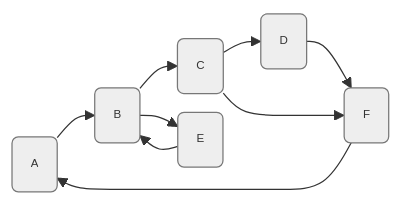
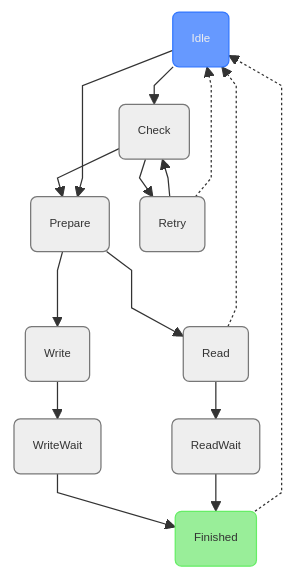
One commit to pyTooling/pyTooling changed the diagram in doc/DataStructures/StateMachine.rst. Above: the diagram before and after it, drawn with Mermaid. The commit also changed 2 other files, not shown here.

Commit message:
Added an FSM graph.

```diff
--- a/doc/DataStructures/StateMachine.rst
+++ b/doc/DataStructures/StateMachine.rst
@@ -13,12 +13,17 @@
 .. mermaid::
-   :caption: A directed graph describing states and transitions of a state machine.
+   :caption: A statemachine graph.
 
-   %%{init: { "flowchart": { "nodeSpacing": 15, "rankSpacing": 30, "useMaxWidth": false } } }%%
-   graph LR
-     A(A); B(B); C(C); D(D); E(E); F(F)
+   %%{init: { "flowchart": { "nodeSpacing": 15, "rankSpacing": 30, "curve": "linear", "useMaxWidth": false } } }%%
+   graph TD
+     A(Idle); B(Check); C(Prepare); D(Read); E(Finished); F(Write) ; G(Retry); H(WriteWait); I(ReadWait)
 
-     A --> B --> C --> D --> F
-     C --> F --> A
-     B --> E --> B
+     A:::mark1 --> B --> C --> F
+     F --> H --> E:::cur
+     B --> G --> B
+     G -.-> A --> C
+     D -.-> A
+     C ---> D --> I --> E -.-> A
 
      classDef node fill:#eee,stroke:#777,font-size:smaller;
+     classDef cur fill:#9e9,stroke:#6e6;
+     classDef mark1 fill:#69f,stroke:#37f,color:#eee;
```
